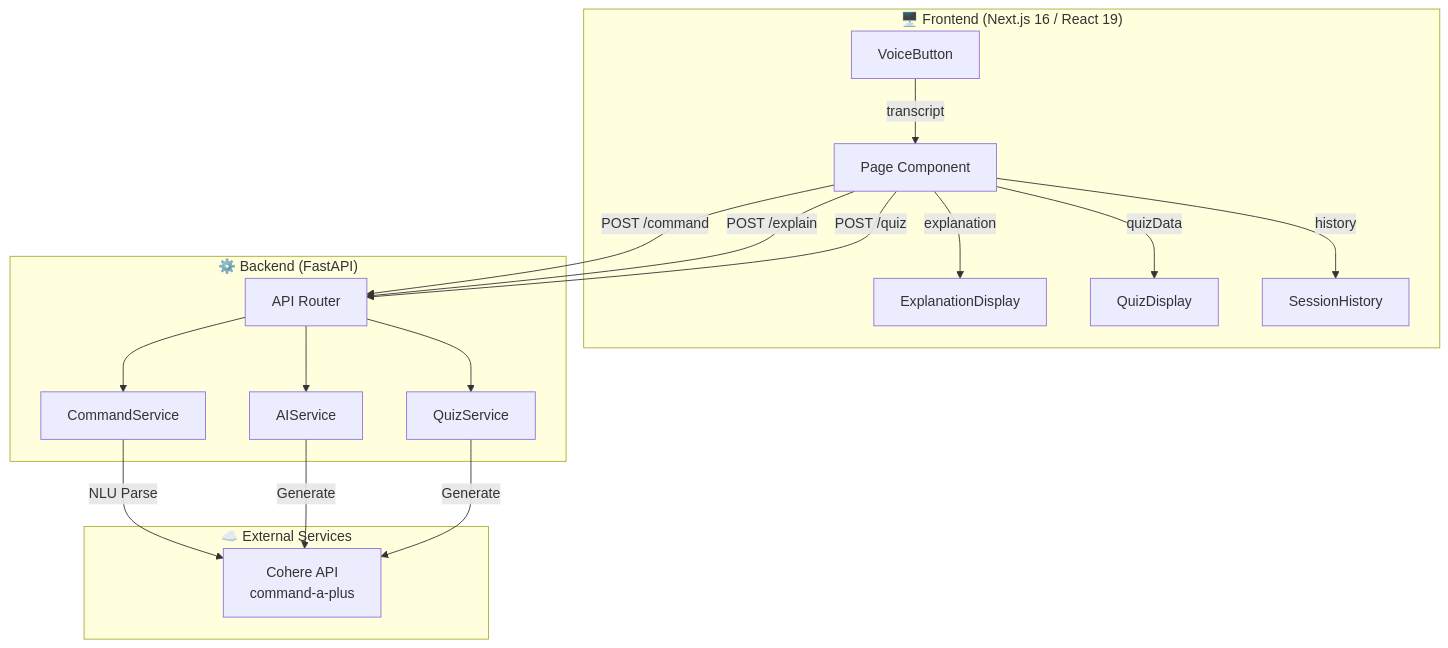
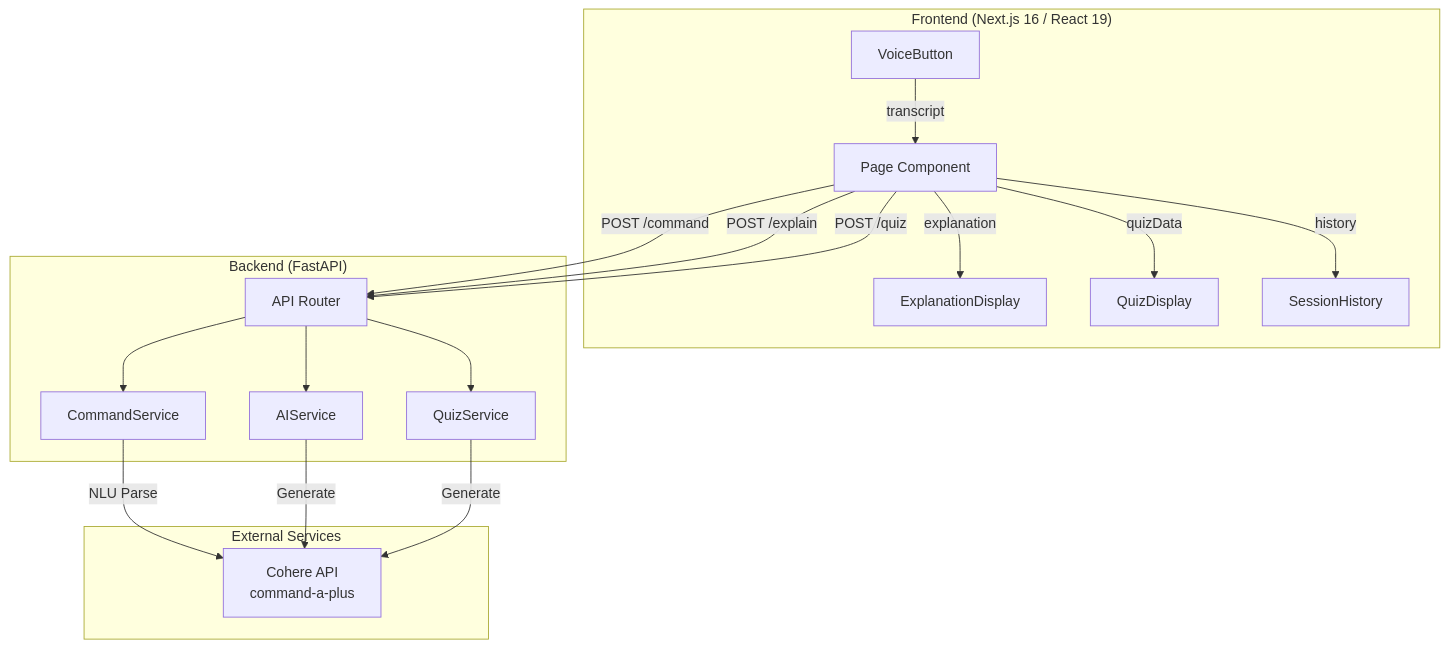
Before and after one commit to hirdeshds/shiksha-ai: the first of 3 diagrams in Readme.md, drawn with Mermaid. The commit also changed other lines of this file, not shown here.

````diff
--- a/Readme.md
+++ b/Readme.md
@@ -129,38 +129,38 @@
 ```mermaid
 graph TB
-    subgraph Client ["🖥️ Frontend (Next.js 16 / React 19)"]
+    subgraph Client [" Frontend (Next.js 16 / React 19)"]
         UI[Page Component]
         VB[VoiceButton]
         ED[ExplanationDisplay]
         QD[QuizDisplay]
         SH[SessionHistory]
         
         VB -->|transcript| UI
         UI -->|explanation| ED
         UI -->|quizData| QD
         UI -->|history| SH
     end
 
-    subgraph Server ["⚙️ Backend (FastAPI)"]
+    subgraph Server [" Backend (FastAPI)"]
         API[API Router]
         CS[CommandService]
         AS[AIService]  
         QS[QuizService]
         
         API --> CS
         API --> AS
         API --> QS
     end
 
-    subgraph External ["☁️ External Services"]
+    subgraph External [" External Services"]
         CO[Cohere API<br/>command-a-plus]
     end
 
     UI -->|POST /command| API
     UI -->|POST /explain| API
     UI -->|POST /quiz| API
     
     CS -->|NLU Parse| CO
     AS -->|Generate| CO
     QS -->|Generate| CO
 ```
````
